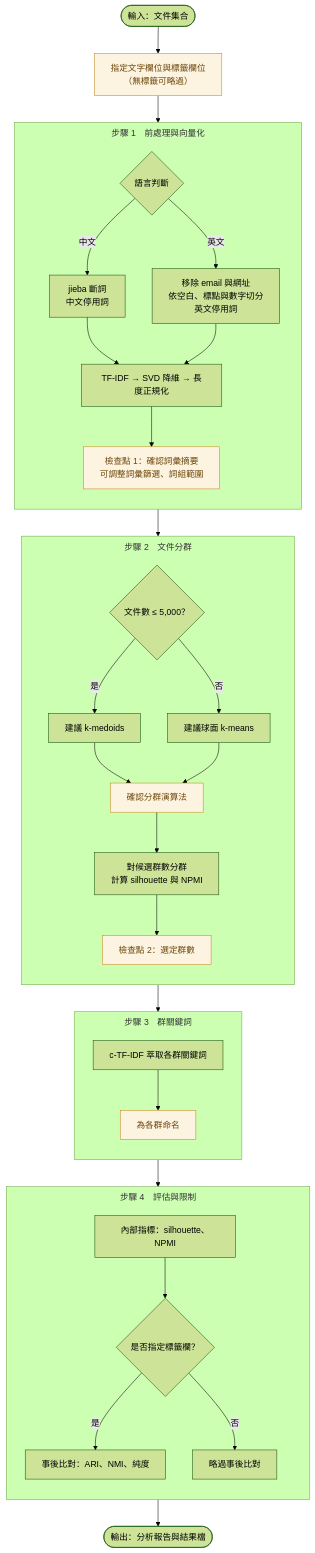
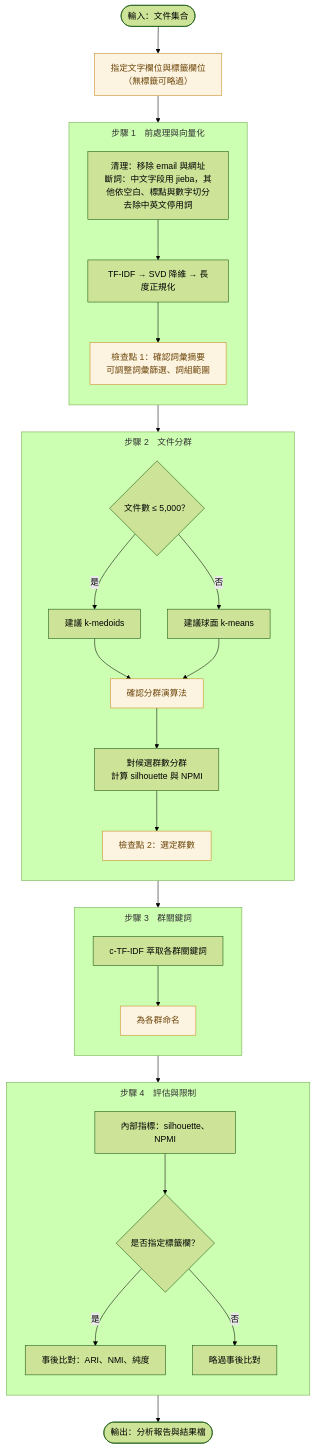
Before and after one commit to Laidym/Unsupervised-Learning---Document-Clustering: the diagram in README.md, drawn with Mermaid (forest theme). The commit also changed other lines of this file and 10 other files, not shown here.

````diff
--- a/README.md
+++ b/README.md
@@ -30,52 +30,49 @@
 ``` mermaid
 ---
 config:
   flowchart:
     subGraphTitleMargin:
       top: 8
       bottom: 8
 ---
 flowchart TD
   A(["輸入：文件集合"]) --> B["指定文字欄位與標籤欄位<br/>（無標籤可略過）"]:::user
 
   subgraph S1["步驟 1　前處理與向量化"]
     direction TB
-    C{"語言判斷"}
-    C -->|中文| D1["jieba 斷詞<br/>中文停用詞"]
-    C -->|英文| D2["移除 email 與網址<br/>依空白、標點與數字切分<br/>英文停用詞"]
-    D1 --> E["TF-IDF → SVD 降維 → 長度正規化"]
-    D2 --> E
+    D["清理：移除 email 與網址<br/>斷詞：中文字段用 jieba，其他依空白、標點與數字切分<br/>去除中英文停用詞"]
+    D --> E["TF-IDF → SVD 降維 → 長度正規化"]
     E --> CP1["檢查點 1：確認詞彙摘要<br/>可調整詞彙篩選、詞組範圍"]:::user
   end
 
   subgraph S2["步驟 2　文件分群"]
     direction TB
     N{"文件數 ≤ 5,000？"}
     N -->|是| M1["建議 k-medoids"]
     N -->|否| M2["建議球面 k-means"]
     M1 --> U["確認分群演算法"]:::user
     M2 --> U
     U --> F["對候選群數分群<br/>計算 silhouette 與 NPMI"]
     F --> CP2["檢查點 2：選定群數"]:::user
   end
 
   subgraph S3["步驟 3　群關鍵詞"]
     direction TB
     G["c-TF-IDF 萃取各群關鍵詞"] --> NM["為各群命名"]:::user
   end
 
   subgraph S4["步驟 4　評估與限制"]
     direction TB
     I["內部指標：silhouette、NPMI"] --> J{"是否指定標籤欄？"}
     J -->|是| K["事後比對：ARI、NMI、純度"]
     J -->|否| L["略過事後比對"]
   end
 
   B --> S1
   S1 --> S2
   S2 --> S3
   S3 --> S4
   S4 --> R(["輸出：分析報告與結果檔"])
 
   classDef user fill:#fdf3e1,stroke:#c58a1f,color:#6b4508
 ```
````
